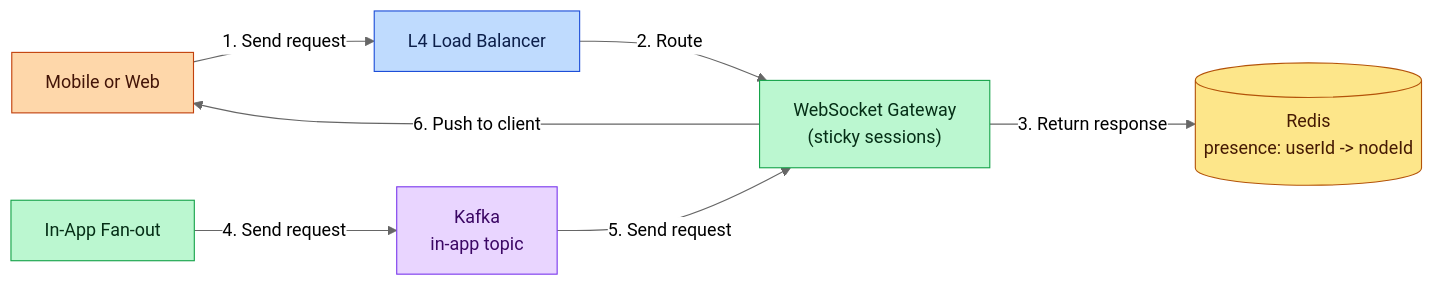
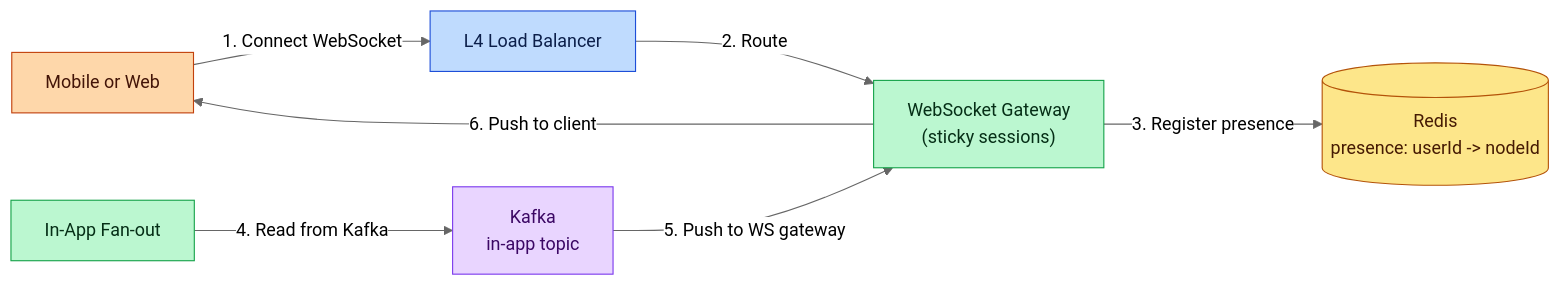
One commit to iluzn/HLD-Designs changed the eighth of 16 diagrams in content/hld/NotificationSystem.md. Above: the diagram before and after it, drawn with Mermaid (neutral theme). The commit also changed other lines of this file and 27 other files, not shown here.

````diff
--- a/content/hld/NotificationSystem.md
+++ b/content/hld/NotificationSystem.md
@@ -656,22 +656,22 @@
 ```mermaid
 flowchart LR
     APP["Mobile or Web"]:::client
     LB["L4 Load Balancer"]:::edge
     WS["WebSocket Gateway<br/>(sticky sessions)"]:::service
     PRESENCE[("Redis<br/>presence: userId -> nodeId")]:::data
     KAFKA["Kafka<br/>in-app topic"]:::async
     FANOUT["In-App Fan-out"]:::service
 
-    APP -->|"1. Send request"| LB
+    APP -->|"1. Connect WebSocket"| LB
     LB -->|"2. Route"| WS
-    WS -->|"3. Return response"| PRESENCE
-    FANOUT -->|"4. Send request"| KAFKA
-    KAFKA -->|"5. Send request"| WS
+    WS -->|"3. Register presence"| PRESENCE
+    FANOUT -->|"4. Read from Kafka"| KAFKA
+    KAFKA -->|"5. Push to WS gateway"| WS
     WS -->|"6. Push to client"| APP
 
     classDef client fill:#fed7aa,stroke:#c2410c,color:#431407
     classDef edge fill:#bfdbfe,stroke:#1d4ed8,color:#0c1f4a
     classDef service fill:#bbf7d0,stroke:#16a34a,color:#052e16
     classDef async fill:#e9d5ff,stroke:#7c3aed,color:#3b0764
     classDef data fill:#fde68a,stroke:#b45309,color:#451a03
 ```
````
